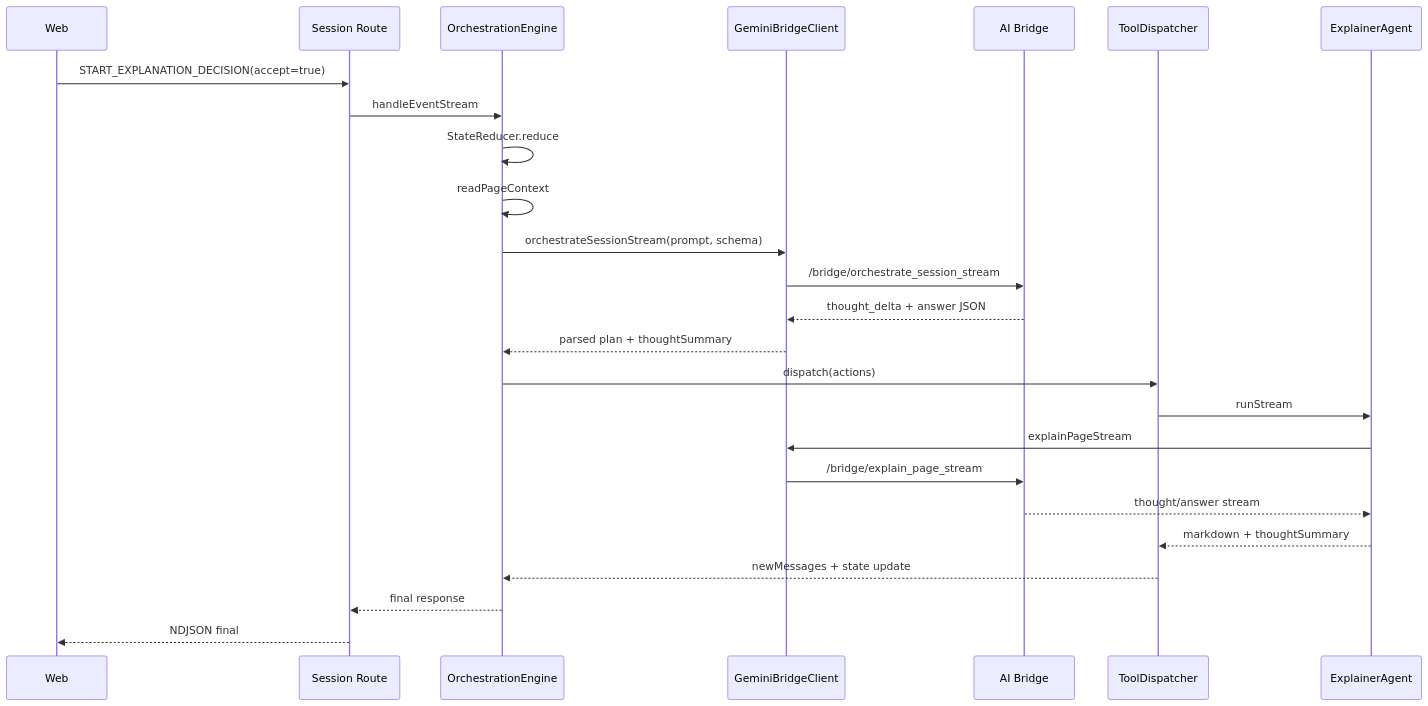
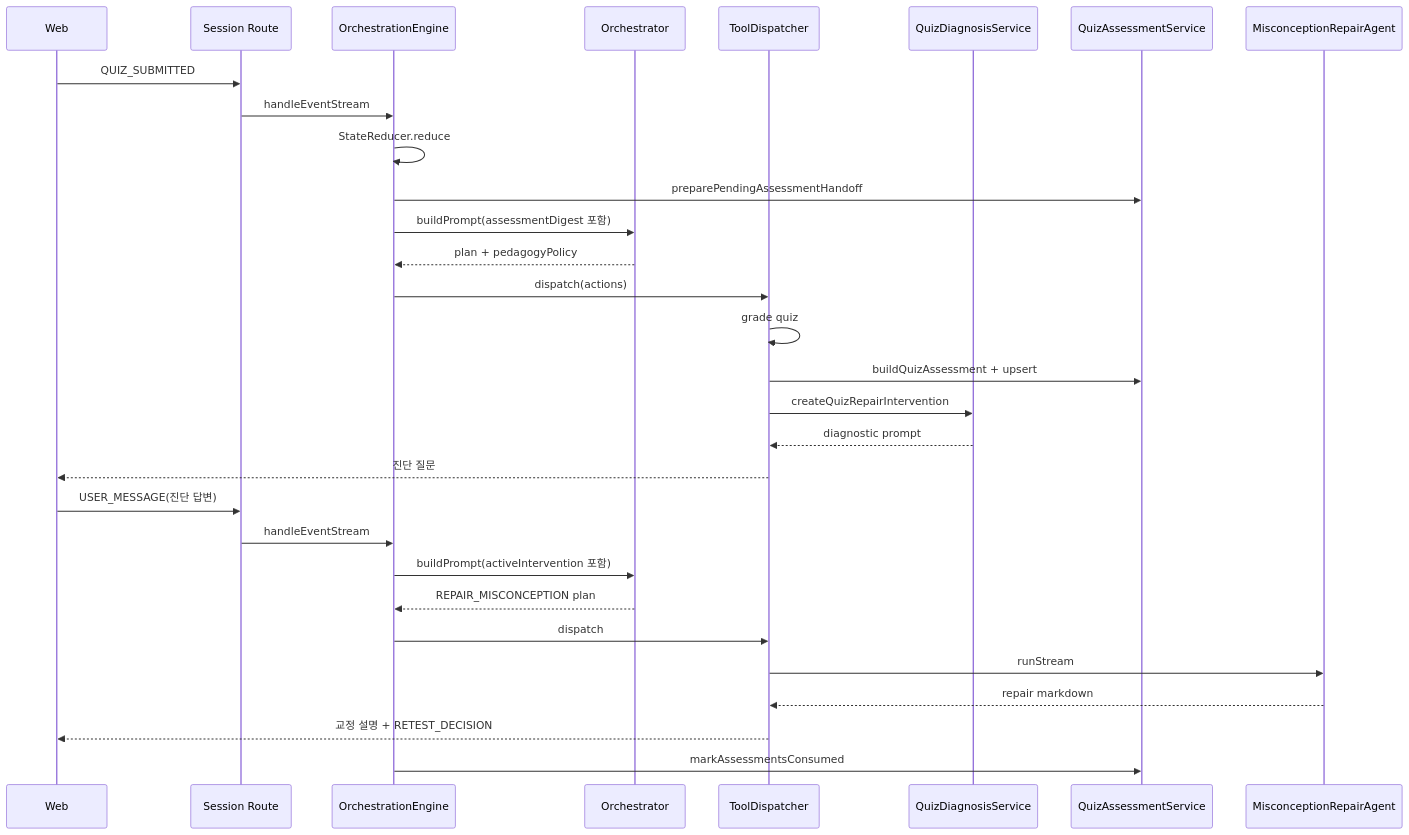
Before and after one commit to uou-capstone/UOU_Capstone_Design_AI: the second of 2 diagrams in MergeEduAgentFull/capstone-study-docs/AGENT_ORCHESTRATION_DESIGN.md, drawn with Mermaid. The commit also changed other lines of this file and 94 other files, not shown here.

````diff
--- a/MergeEduAgentFull/capstone-study-docs/AGENT_ORCHESTRATION_DESIGN.md
+++ b/MergeEduAgentFull/capstone-study-docs/AGENT_ORCHESTRATION_DESIGN.md
@@ -411,28 +527,33 @@
 ```mermaid
 sequenceDiagram
   participant W as Web
   participant API as Session Route
   participant E as OrchestrationEngine
-  participant G as GeminiBridgeClient
-  participant B as AI Bridge
+  participant O as Orchestrator
   participant D as ToolDispatcher
-  participant EX as ExplainerAgent
+  participant QD as QuizDiagnosisService
+  participant QA2 as QuizAssessmentService
+  participant MR as MisconceptionRepairAgent
 
-  W->>API: START_EXPLANATION_DECISION(accept=true)
+  W->>API: QUIZ_SUBMITTED
   API->>E: handleEventStream
   E->>E: StateReducer.reduce
-  E->>E: readPageContext
-  E->>G: orchestrateSessionStream(prompt, schema)
-  G->>B: /bridge/orchestrate_session_stream
-  B-->>G: thought_delta + answer JSON
-  G-->>E: parsed plan + thoughtSummary
+  E->>QA2: preparePendingAssessmentHandoff
+  E->>O: buildPrompt(assessmentDigest 포함)
+  O-->>E: plan + pedagogyPolicy
   E->>D: dispatch(actions)
-  D->>EX: runStream
-  EX->>G: explainPageStream
-  G->>B: /bridge/explain_page_stream
-  B-->>EX: thought/answer stream
-  EX-->>D: markdown + thoughtSummary
-  D-->>E: newMessages + state update
-  E-->>API: final response
-  API-->>W: NDJSON final
+  D->>D: grade quiz
+  D->>QA2: buildQuizAssessment + upsert
+  D->>QD: createQuizRepairIntervention
+  QD-->>D: diagnostic prompt
+  D-->>W: 진단 질문
+  W->>API: USER_MESSAGE(진단 답변)
+  API->>E: handleEventStream
+  E->>O: buildPrompt(activeIntervention 포함)
+  O-->>E: REPAIR_MISCONCEPTION plan
+  E->>D: dispatch
+  D->>MR: runStream
+  MR-->>D: repair markdown
+  D-->>W: 교정 설명 + RETEST_DECISION
+  E->>QA2: markAssessmentsConsumed
 ```
````
